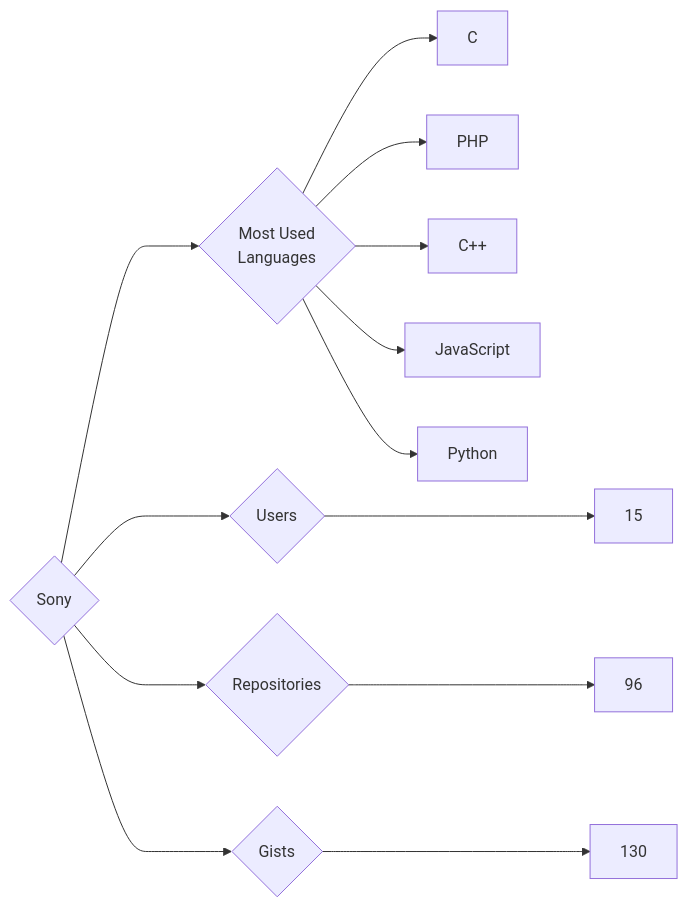
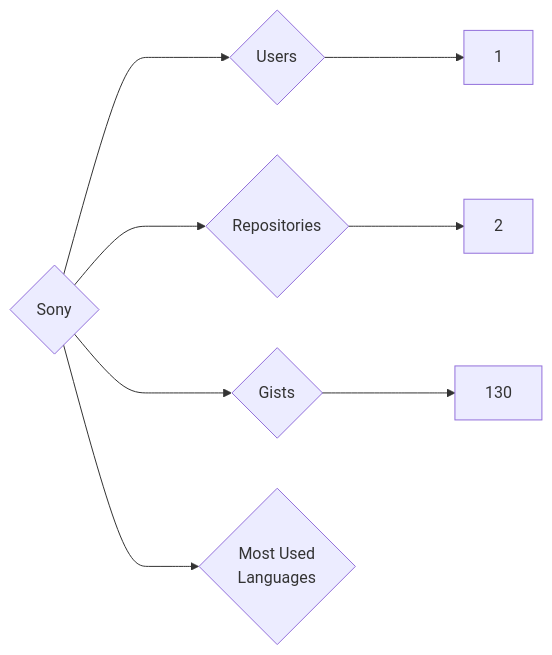
One commit to trickest/insiders changed the diagram in targets/Sony/README.md. Above: the diagram before and after it, drawn with Mermaid. The commit also changed 582 other files, not shown here.

````diff
--- a/targets/Sony/README.md
+++ b/targets/Sony/README.md
@@ -3,13 +3,8 @@
 ```mermaid
 graph LR
 COMPANY_NAME{Sony}
-COMPANY_NAME ---> U{Users} ---> UN[15]
-COMPANY_NAME ---> R{Repositories} ---> RN[96]
+COMPANY_NAME ---> U{Users} ---> UN[1]
+COMPANY_NAME ---> R{Repositories} ---> RN[2]
 COMPANY_NAME ---> G{Gists} ---> GN[130]
 COMPANY_NAME ---> ML{Most Used<br>Languages}
-ML --> C[C]
-ML --> PHP[PHP]
-ML --> C++[C++]
-ML --> JavaScript[JavaScript]
-ML --> Python[Python]
 ```
````
